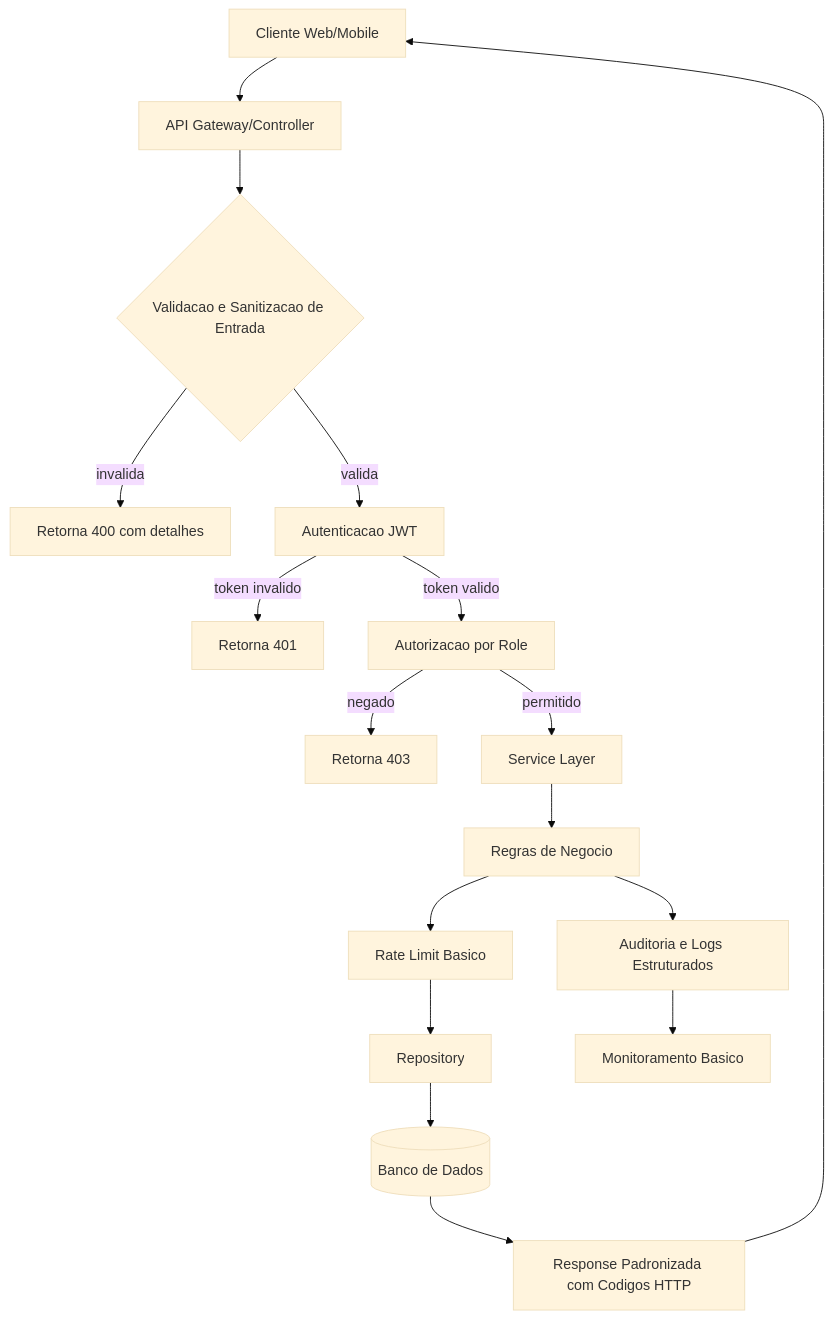
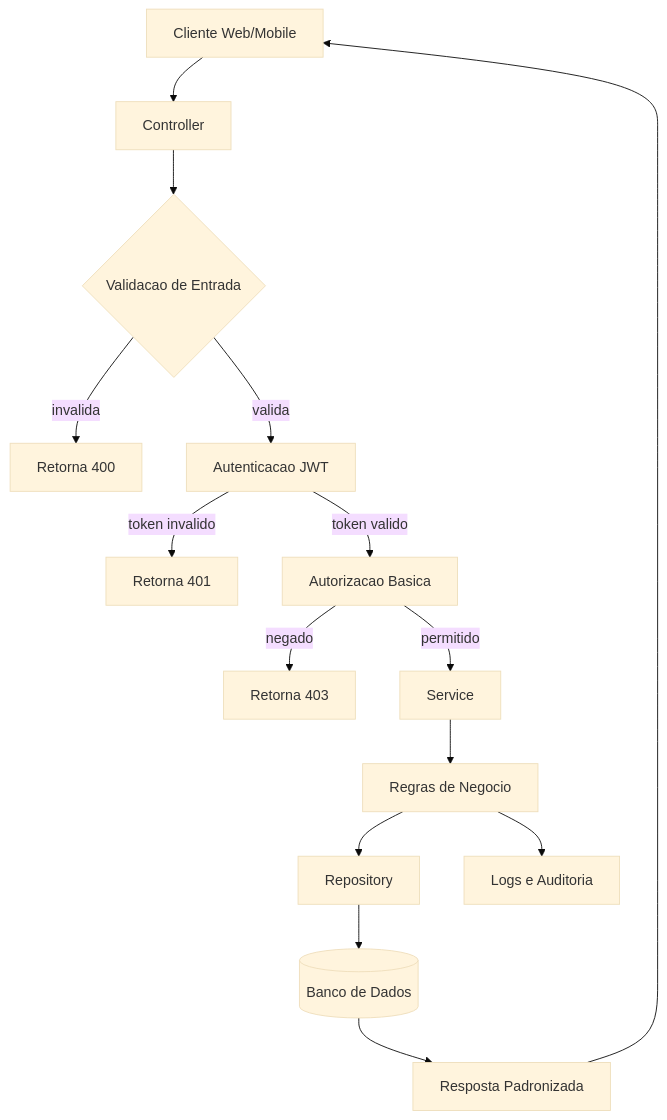
One commit to 5inco-dev/5inco-dev changed the diagram in README.md. Above: the diagram before and after it, drawn with Mermaid (base theme). The commit also changed other lines of this file, not shown here.

````diff
--- a/README.md
+++ b/README.md
@@ -86,19 +86,17 @@
 ```mermaid
 flowchart TD
-    A[Cliente Web/Mobile] --> B[API Gateway/Controller]
-  B --> C{Validacao e Sanitizacao de Entrada}
-    C -- invalida --> D[Retorna 400 com detalhes]
+    A[Cliente Web/Mobile] --> B[Controller]
+    B --> C{Validacao de Entrada}
+    C -- invalida --> D[Retorna 400]
     C -- valida --> E[Autenticacao JWT]
     E -- token invalido --> F[Retorna 401]
-    E -- token valido --> G[Autorizacao por Role]
+    E -- token valido --> G[Autorizacao Basica]
     G -- negado --> H[Retorna 403]
-    G -- permitido --> I[Service Layer]
+    G -- permitido --> I[Service]
     I --> J[Regras de Negocio]
-  J --> P[Rate Limit Basico]
-  P --> K[Repository]
+    J --> K[Repository]
     K --> L[(Banco de Dados)]
-  J --> M[Auditoria e Logs Estruturados]
-    M --> N[Monitoramento Basico]
-  L --> O[Response Padronizada com Codigos HTTP]
-    O --> A
+    J --> M[Logs e Auditoria]
+    L --> N[Resposta Padronizada]
+    N --> A
 ```
````
